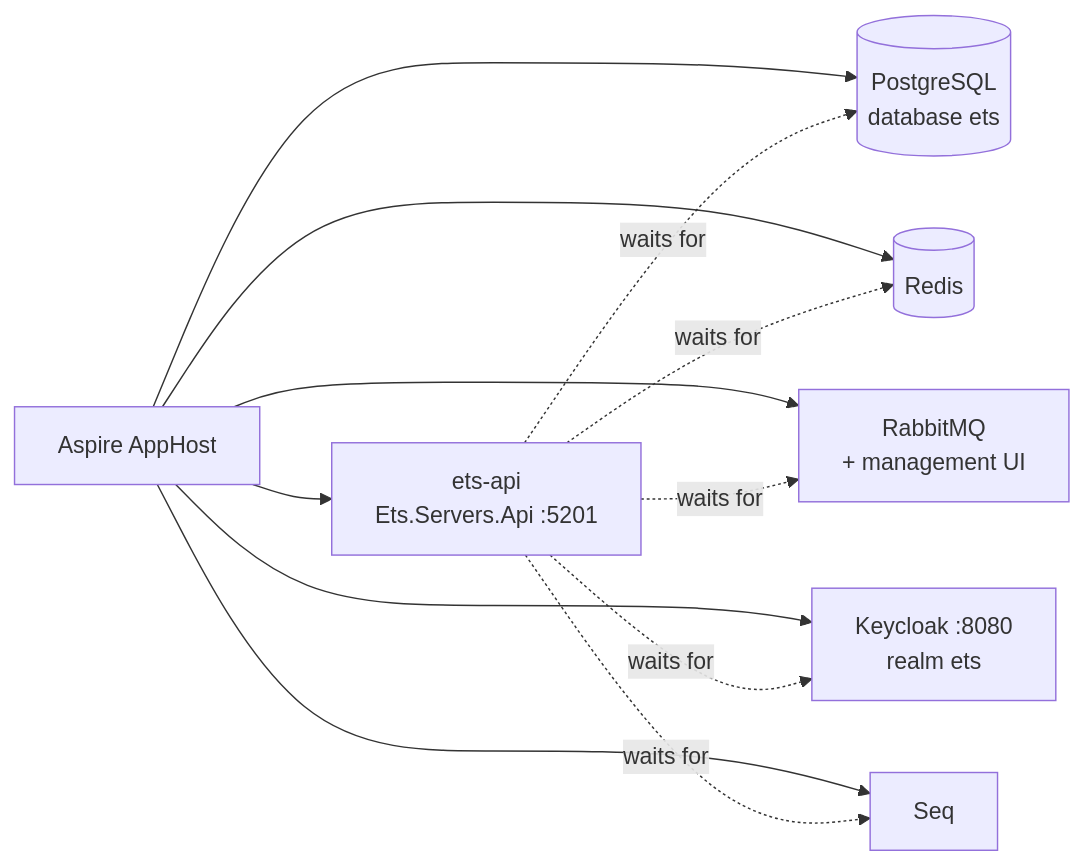
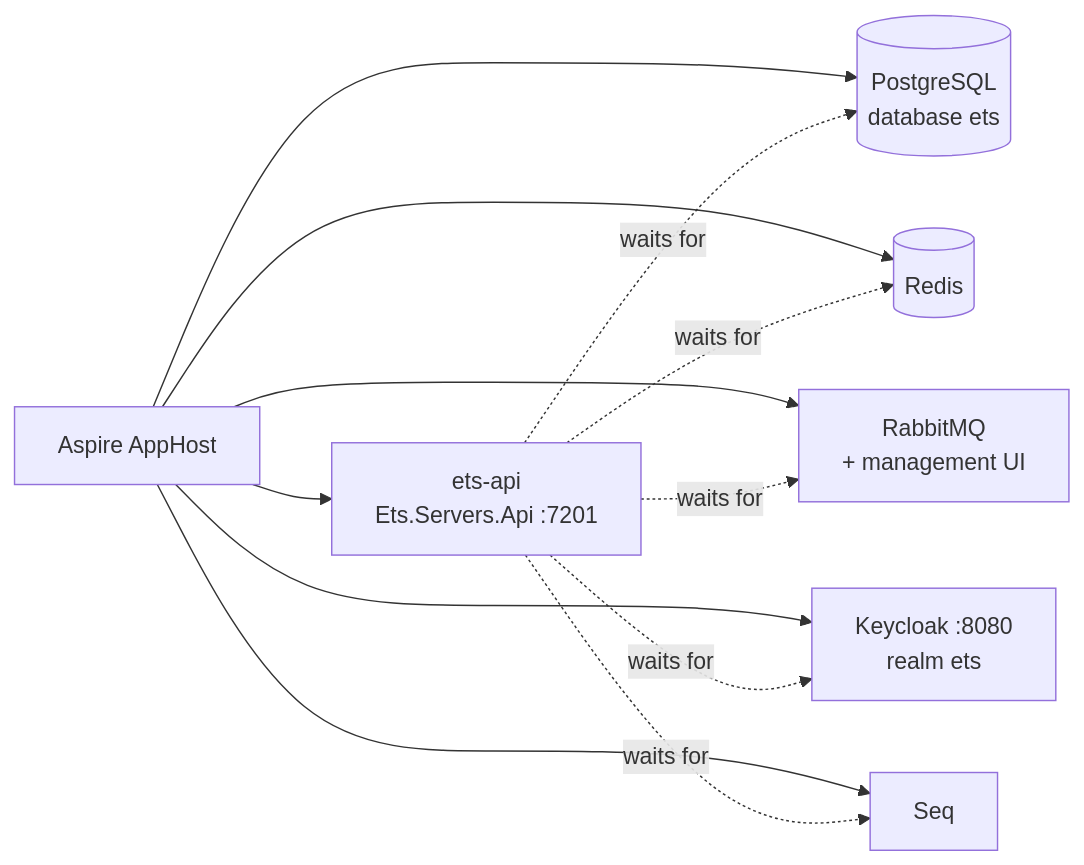
The diagram in src/clients/apps/developer-docs/docs/getting-started/build-and-run.md (nickdenman-78/deal-hub), drawn with Mermaid before and after one commit. The commit also changed other lines of this file and 57 other files, not shown here.

````diff
--- a/src/clients/apps/developer-docs/docs/getting-started/build-and-run.md
+++ b/src/clients/apps/developer-docs/docs/getting-started/build-and-run.md
@@ -62,14 +62,14 @@
 ```mermaid
 flowchart LR
   AppHost[Aspire AppHost] --> Postgres[("PostgreSQL<br/>database ets")]
   AppHost --> Redis[(Redis)]
   AppHost --> RabbitMQ[RabbitMQ<br/>+ management UI]
   AppHost --> Keycloak[Keycloak :8080<br/>realm ets]
   AppHost --> Seq[Seq]
-  AppHost --> Api[ets-api<br/>Ets.Servers.Api :5201]
+  AppHost --> Api[ets-api<br/>Ets.Servers.Api :7201]
   Api -. waits for .-> Postgres
   Api -. waits for .-> Redis
   Api -. waits for .-> RabbitMQ
   Api -. waits for .-> Keycloak
   Api -. waits for .-> Seq
 ```
````
